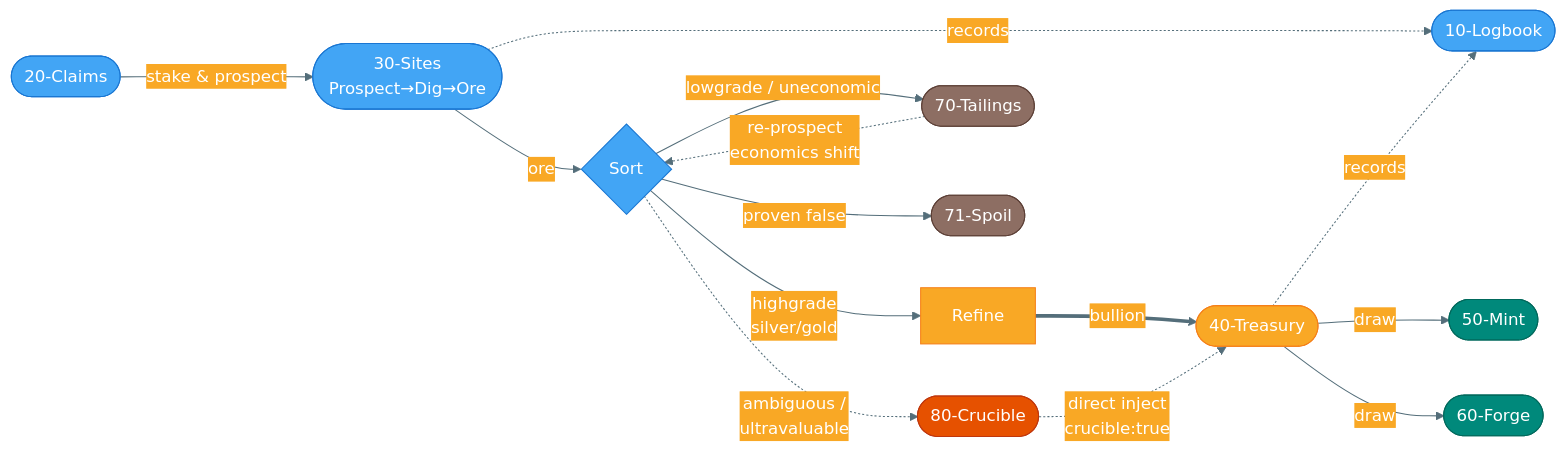
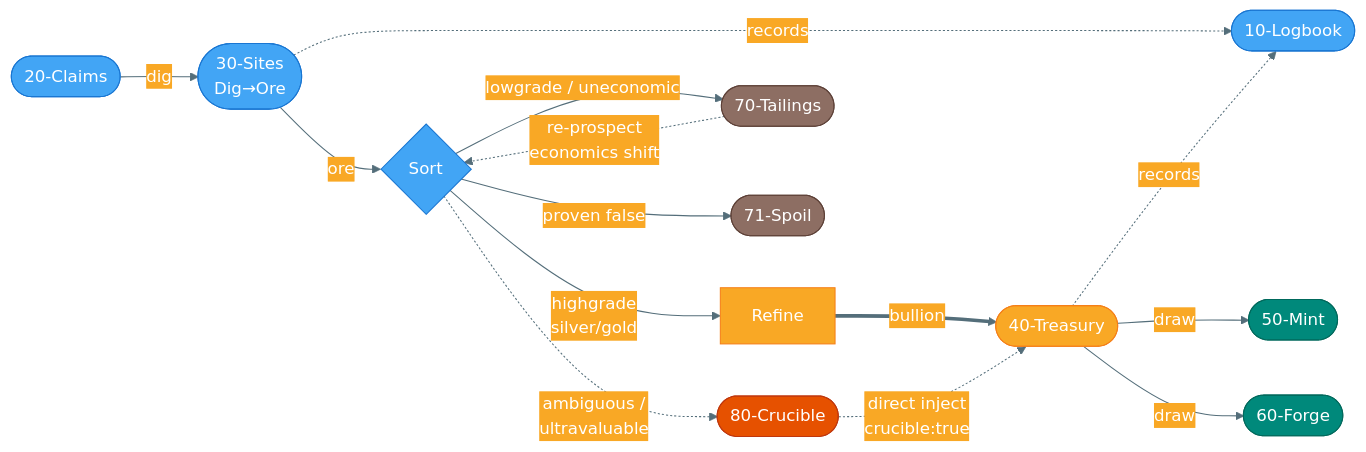
Before and after one commit to keith-nielsen/memory-mining: the first of 7 diagrams in docs/diagrams.md, drawn with Mermaid. The commit also changed other lines of this file and 27 other files, not shown here.

````diff
--- a/docs/diagrams.md
+++ b/docs/diagrams.md
@@ -23,42 +23,42 @@
 ```mermaid
 %%{init: {'theme': 'base', 'themeVariables': {
   'primaryColor': '#42a5f5',
   'primaryTextColor': '#ffffff',
   'primaryBorderColor': '#1976d2',
   'lineColor': '#546e7a',
   'secondaryColor': '#f9a825',
   'tertiaryColor': '#9e9e9e'
 }}}%%
 flowchart LR
     CL([20-Claims]):::blue
     LB([10-Logbook]):::blue
-    SI([30-Sites<br/>Prospect→Dig→Ore]):::blue
+    SI([30-Sites<br/>Dig→Ore]):::blue
     SORT{Sort}:::blue
     REF[Refine]:::gold
     TR([40-Treasury]):::gold
     MN([50-Mint]):::teal
     FG([60-Forge]):::teal
     TL([70-Tailings]):::brown
     SP([71-Spoil]):::brown
     CR([80-Crucible]):::crucible
 
-    CL -->|stake & prospect| SI
+    CL -->|dig| SI
     SI -.->|records| LB
     TR -.->|records| LB
     SI -->|ore| SORT
     SORT -->|highgrade<br/>silver/gold| REF
     SORT -->|lowgrade / uneconomic| TL
     SORT -.->|ambiguous /<br/>ultravaluable| CR
     SORT -->|proven false| SP
     REF ==>|bullion| TR
     CR -.->|direct inject<br/>crucible:true| TR
     TR -->|draw| MN
     TR -->|draw| FG
     TL -.->|re-prospect<br/>economics shift| SORT
 
     classDef blue fill:#42a5f5,stroke:#1976d2,color:#fff
     classDef gold fill:#f9a825,stroke:#f57f17,color:#fff
     classDef teal fill:#00897b,stroke:#00695c,color:#fff
     classDef brown fill:#8d6e63,stroke:#5d4037,color:#fff
     classDef crucible fill:#e65100,stroke:#bf360c,color:#fff
 ```
````
